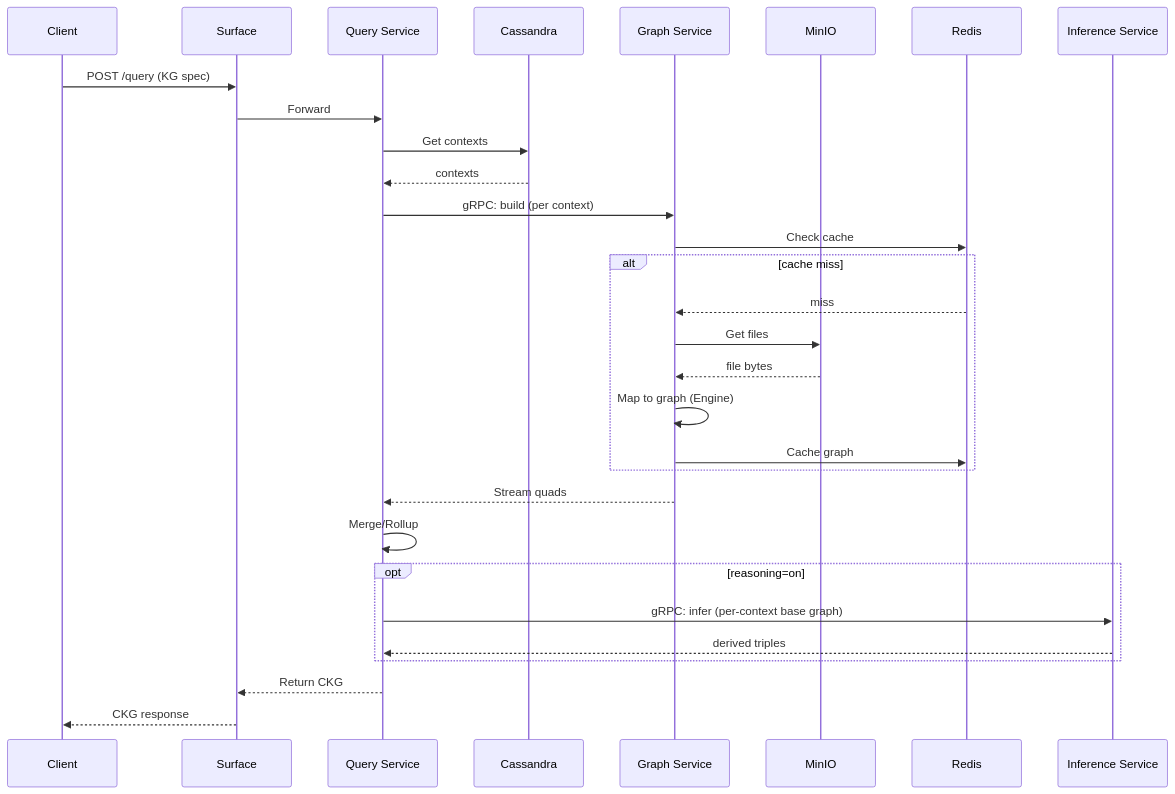
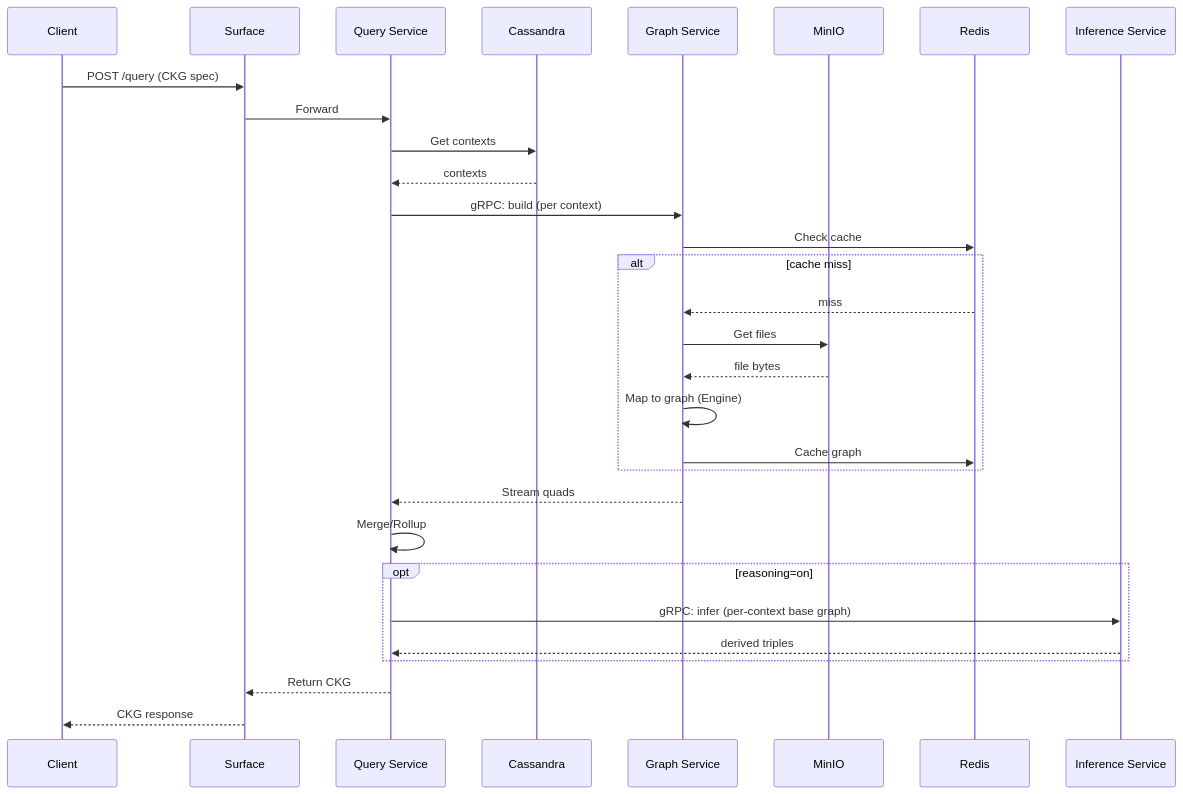
One commit to dke-kgolap/kg-lakehouse changed the fourth of 7 diagrams in docs/high-level-design.md. Above: the diagram before and after it, drawn with Mermaid. The commit also changed other lines of this file and 3 other files, not shown here.

````diff
--- a/docs/high-level-design.md
+++ b/docs/high-level-design.md
@@ -182,33 +190,33 @@
 ```mermaid
 sequenceDiagram
     participant Client
     participant Surface
     participant QS as Query Service
     participant Cassandra
     participant GS as Graph Service
     participant MinIO
     participant Redis
     participant INF as Inference Service
 
-    Client->>Surface: POST /query (KG spec)
+    Client->>Surface: POST /query (CKG spec)
     Surface->>QS: Forward
     QS->>Cassandra: Get contexts
     Cassandra-->>QS: contexts
     QS->>GS: gRPC: build (per context)
     GS->>Redis: Check cache
     alt cache miss
         Redis-->>GS: miss
         GS->>MinIO: Get files
         MinIO-->>GS: file bytes
         GS->>GS: Map to graph (Engine)
         GS->>Redis: Cache graph
     end
     GS-->>QS: Stream quads
     QS->>QS: Merge/Rollup
     opt reasoning=on
         QS->>INF: gRPC: infer (per-context base graph)
         INF-->>QS: derived triples
     end
     QS-->>Surface: Return CKG
     Surface-->>Client: CKG response
 ```
````
